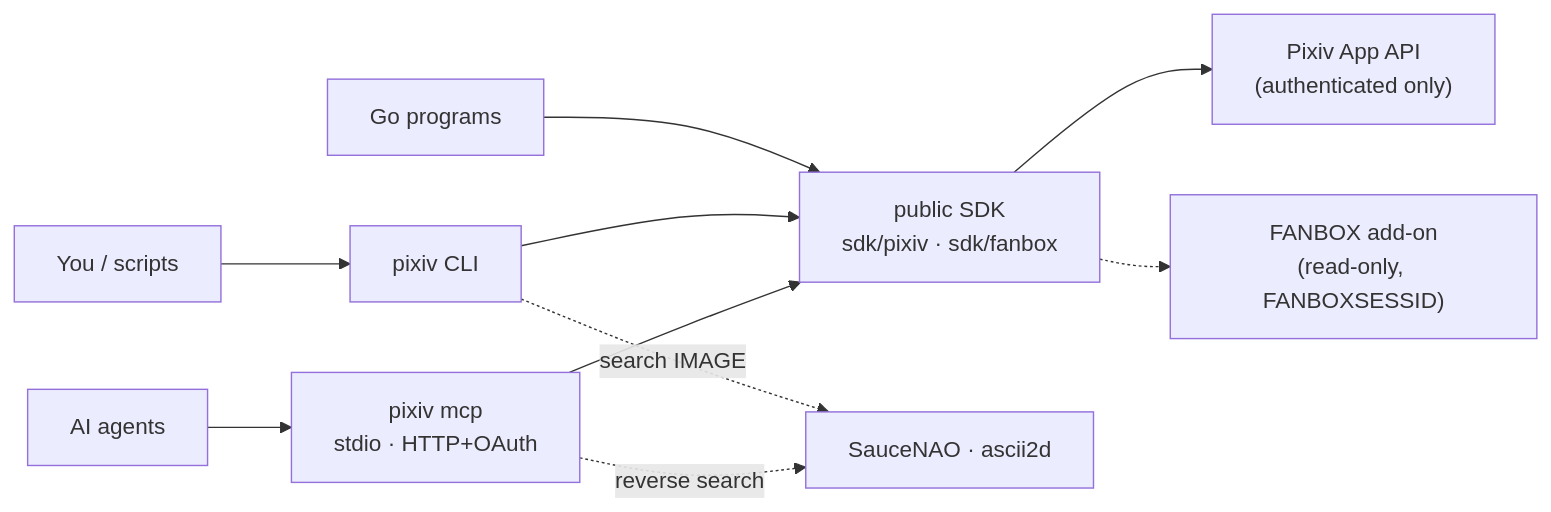
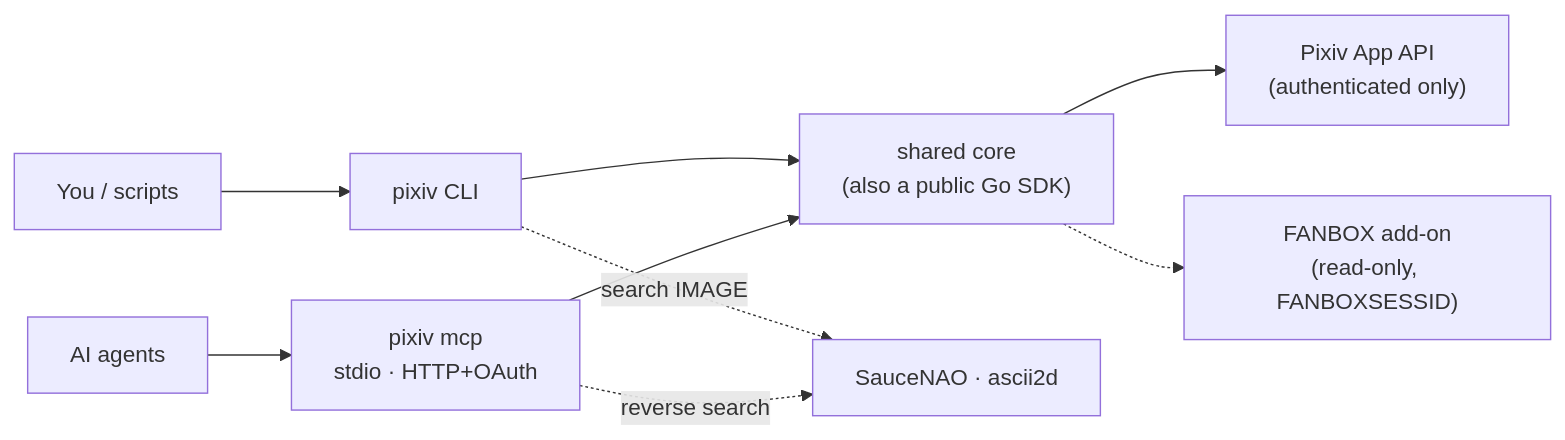
One commit to FlanChanXwO/pixiv-cli changed the first of 3 diagrams in README.md. Above: the diagram before and after it, drawn with Mermaid. The commit also changed other lines of this file and 3 other files, not shown here.

First line of the commit message:
docs: focus README on CLI and MCP, link the SDK from docs

````diff
--- a/README.md
+++ b/README.md
@@ -19,12 +19,11 @@
 ```mermaid
 flowchart LR
     U["You / scripts"] --> CLI["pixiv CLI"]
     A["AI agents"] --> MCP["pixiv mcp<br/>stdio · HTTP+OAuth"]
-    G["Go programs"] --> SDK
-    CLI --> SDK["public SDK<br/>sdk/pixiv · sdk/fanbox"]
+    CLI --> SDK["shared core<br/>(also a public Go SDK)"]
     MCP --> SDK
     SDK --> PX["Pixiv App API<br/>(authenticated only)"]
     SDK -.-> FB["FANBOX add-on<br/>(read-only, FANBOXSESSID)"]
     CLI -.->|"search IMAGE"| RS["SauceNAO · ascii2d"]
     MCP -.->|"reverse search"| RS
 ```
````
